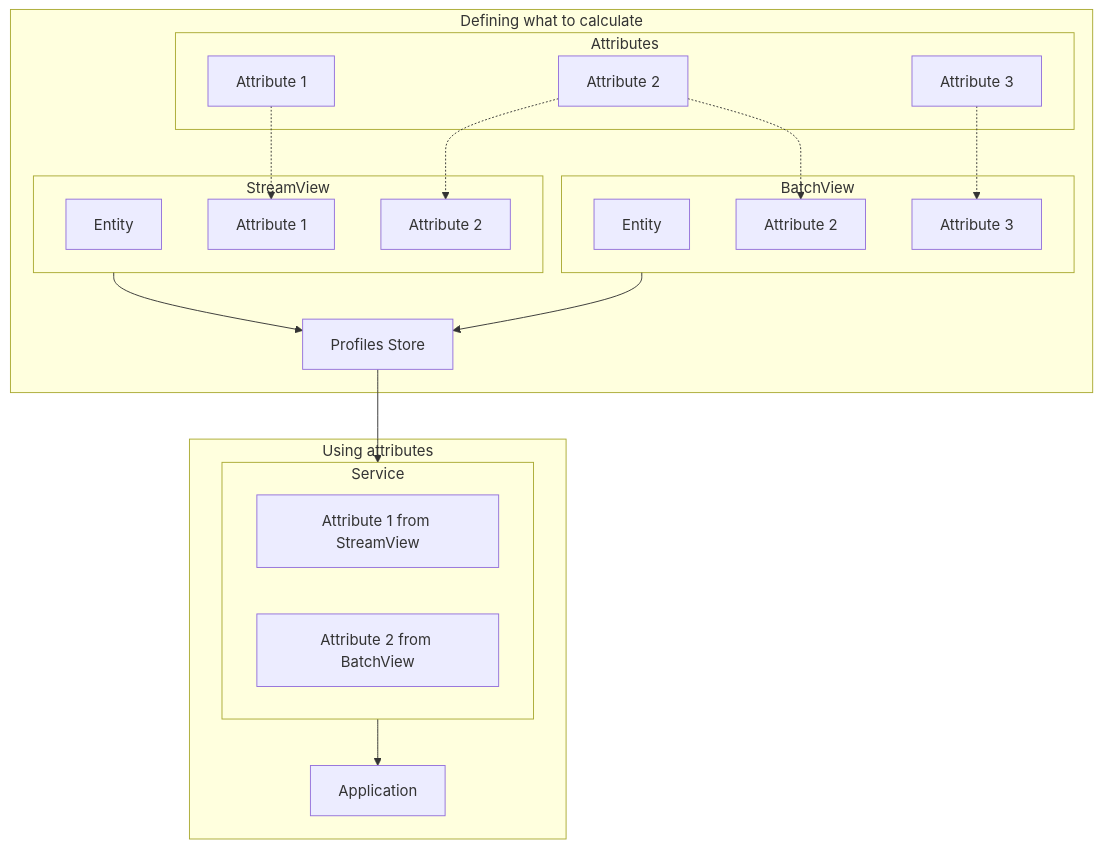
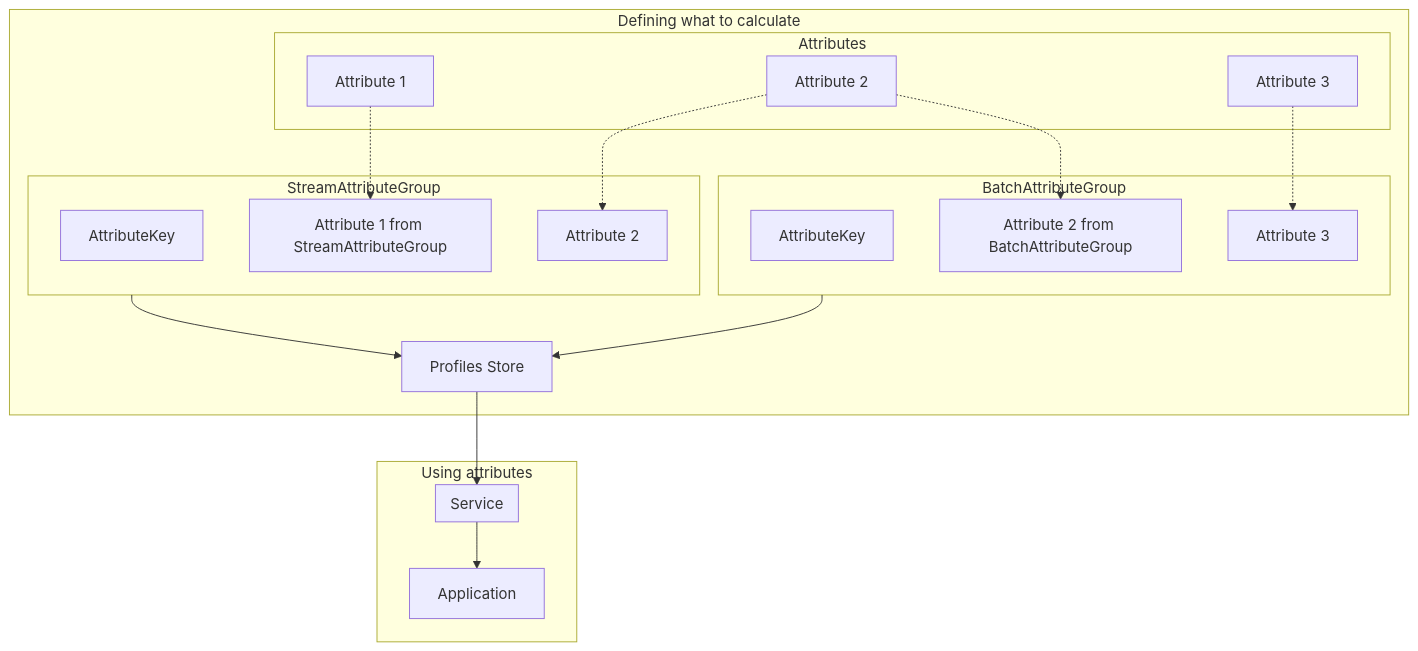
The second of 5 diagrams in docs/signals/concepts/index.md (snowplow/documentation), drawn with Mermaid before and after one commit. The commit also changed other lines of this file and 19 other files, not shown here.

````diff
--- a/docs/signals/concepts/index.md
+++ b/docs/signals/concepts/index.md
@@ -59,41 +59,41 @@
 ```mermaid
 flowchart TD
     subgraph Section1[Defining what to calculate]
         subgraph Attributes[Attributes]
             Attr1[Attribute 1]
             Attr2[Attribute 2]
             Attr3[Attribute 3]
         end
 
-        subgraph StreamView[StreamView]
-            SV_Entity[Entity]
-            SV_Attr1[Attribute 1]
-            SV_Attr2[Attribute 2]
+        subgraph StreamAttributeGroup[StreamAttributeGroup]
+            SAG_AttributeKey[AttributeKey]
+            SAG_Attr1[Attribute 1]
+            SAG_Attr2[Attribute 2]
         end
 
-        subgraph BatchView[BatchView]
-            BV_Entity[Entity]
-            BV_Attr2[Attribute 2]
-            BV_Attr3[Attribute 3]
+        subgraph BatchAttributeGroup[BatchAttributeGroup]
+            BAG_AttributeKey[AttributeKey]
+            BAG_Attr2[Attribute 2]
+            BAG_Attr3[Attribute 3]
         end
 
-        Attr1 -.-> SV_Attr1
-        Attr2 -.-> SV_Attr2
-        Attr2 -.-> BV_Attr2
-        Attr3 -.-> BV_Attr3
+        Attr1 -.-> SAG_Attr1
+        Attr2 -.-> SAG_Attr2
+        Attr2 -.-> BAG_Attr2
+        Attr3 -.-> BAG_Attr3
 
-        StreamView --> ProfilesStore[Profiles Store]
-        BatchView --> ProfilesStore
+        StreamAttributeGroup --> ProfilesStore[Profiles Store]
+        BatchAttributeGroup --> ProfilesStore
     end
 
     subgraph Section2[Using attributes]
         ProfilesStore --> Service[Service]
 
         subgraph Service
-            S_Attr1[Attribute 1 from StreamView]
-            S_Attr2[Attribute 2 from BatchView]
+            SAG_Attr1[Attribute 1 from StreamAttributeGroup]
+            BAG_Attr2[Attribute 2 from BatchAttributeGroup]
         end
 
         Service --> Application[Application]
     end
 ```
````
